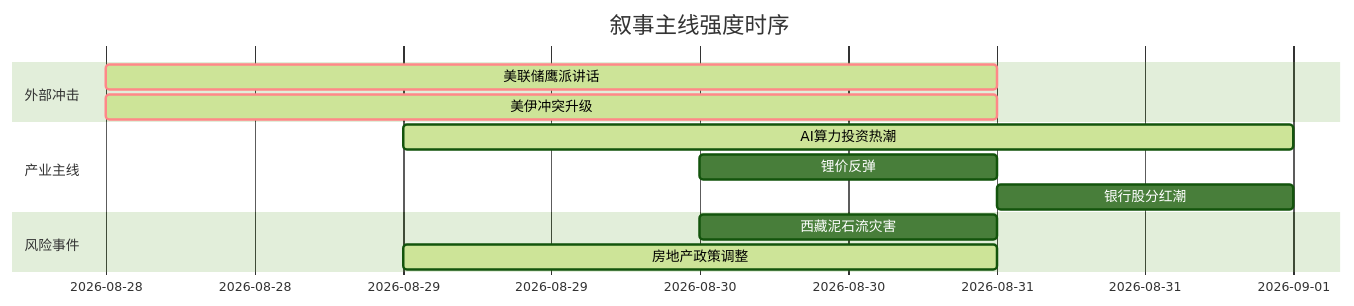
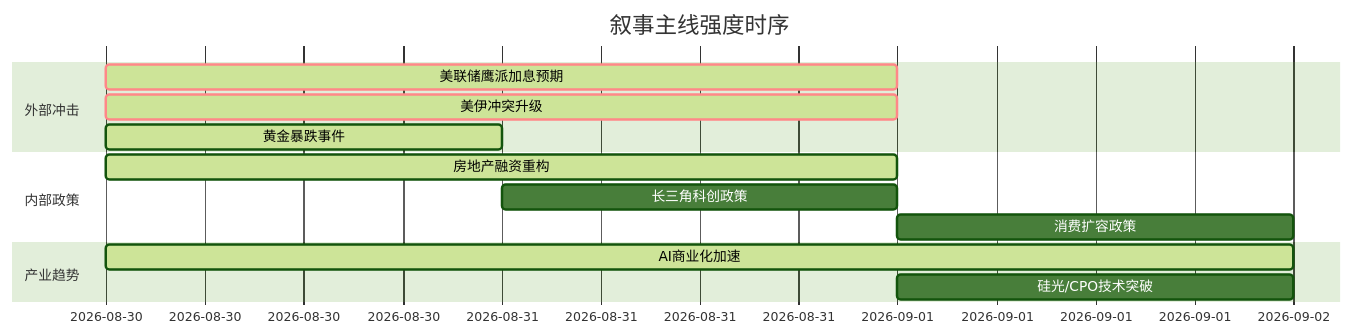
Before and after one commit to uu5zn/uu5zn.github.io: the diagram in 5day_report.md, drawn with Mermaid (forest theme). The commit also changed other lines of this file and 23 other files, not shown here.

````diff
--- a/5day_report.md
+++ b/5day_report.md
@@ -58,17 +56,18 @@
 ```mermaid
 gantt
     title 叙事主线强度时序
     dateFormat YYYY-MM-DD
     section 外部冲击
-    美联储鹰派讲话   :crit, active, 2026-08-28, 3d
-    美伊冲突升级     :crit, active, 2026-08-28, 3d
+    美联储鹰派加息预期   :crit, active, 2026-08-30, 2d
+    美伊冲突升级       :crit, active, 2026-08-30, 2d
+    黄金暴跌事件       :active, 2026-08-30, 1d
     
-    section 产业主线
-    AI算力投资热潮   :active, 2026-08-29, 3d
-    锂价反弹        :2026-08-30, 1d
-    银行股分红潮    :2026-08-31, 1d
+    section 内部政策
+    房地产融资重构     :active, 2026-08-30, 2d
+    长三角科创政策     :2026-08-31, 1d
+    消费扩容政策       :2026-09-01, 1d
     
-    section 风险事件
-    西藏泥石流灾害  :2026-08-30, 1d
-    房地产政策调整  :active, 2026-08-29, 2d
+    section 产业趋势
+    AI商业化加速       :active, 2026-08-30, 3d
+    硅光/CPO技术突破   :2026-09-01, 1d
 ```
````
